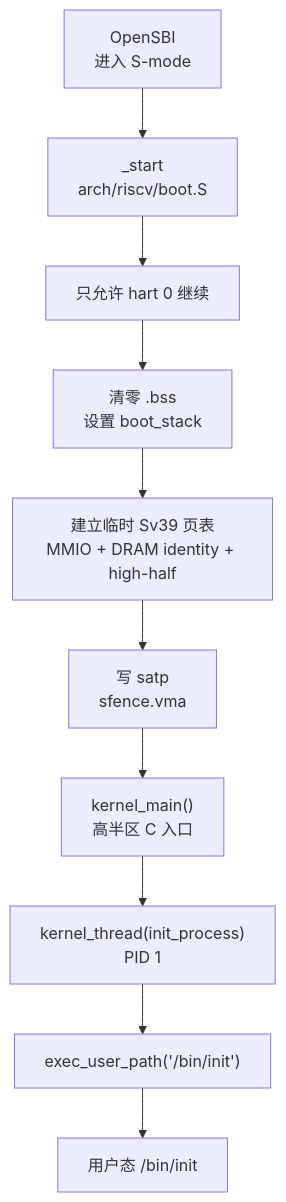
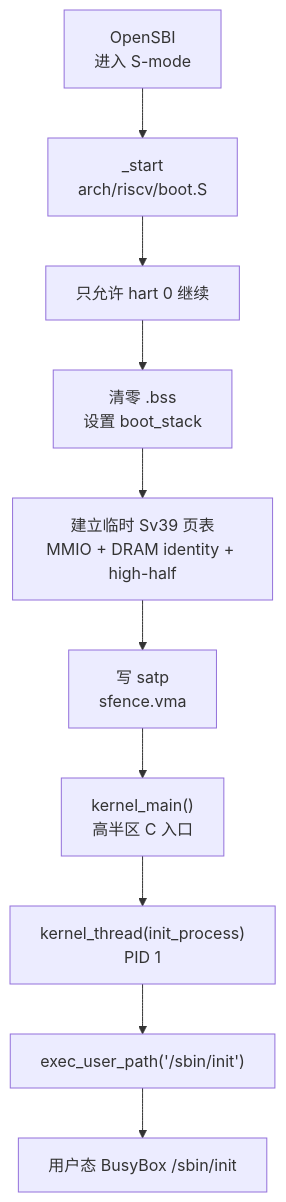
One commit to pillow-zx/CuteOS changed the first of 2 diagrams in docs/architecture/boot.md. Above: the diagram before and after it, drawn with Mermaid. The commit also changed other lines of this file and 151 other files, not shown here.

````diff
--- a/docs/architecture/boot.md
+++ b/docs/architecture/boot.md
@@ -9,16 +9,16 @@
 ```mermaid
 flowchart TD
     OpenSBI["OpenSBI<br/>进入 S-mode"]
     Start["_start<br/>arch/riscv/boot.S"]
     Hart["只允许 hart 0 继续"]
     Bss["清零 .bss<br/>设置 boot_stack"]
     TmpPT["建立临时 Sv39 页表<br/>MMIO + DRAM identity + high-half"]
     Satp["写 satp<br/>sfence.vma"]
     Kmain["kernel_main()<br/>高半区 C 入口"]
     Init["kernel_thread(init_process)<br/>PID 1"]
-    Exec["exec_user_path('/bin/init')"]
-    User["用户态 /bin/init"]
+    Exec["exec_user_path('/sbin/init')"]
+    User["用户态 BusyBox /sbin/init"]
 
     OpenSBI --> Start --> Hart --> Bss --> TmpPT --> Satp --> Kmain
     Kmain --> Init --> Exec --> User
 ```
````
